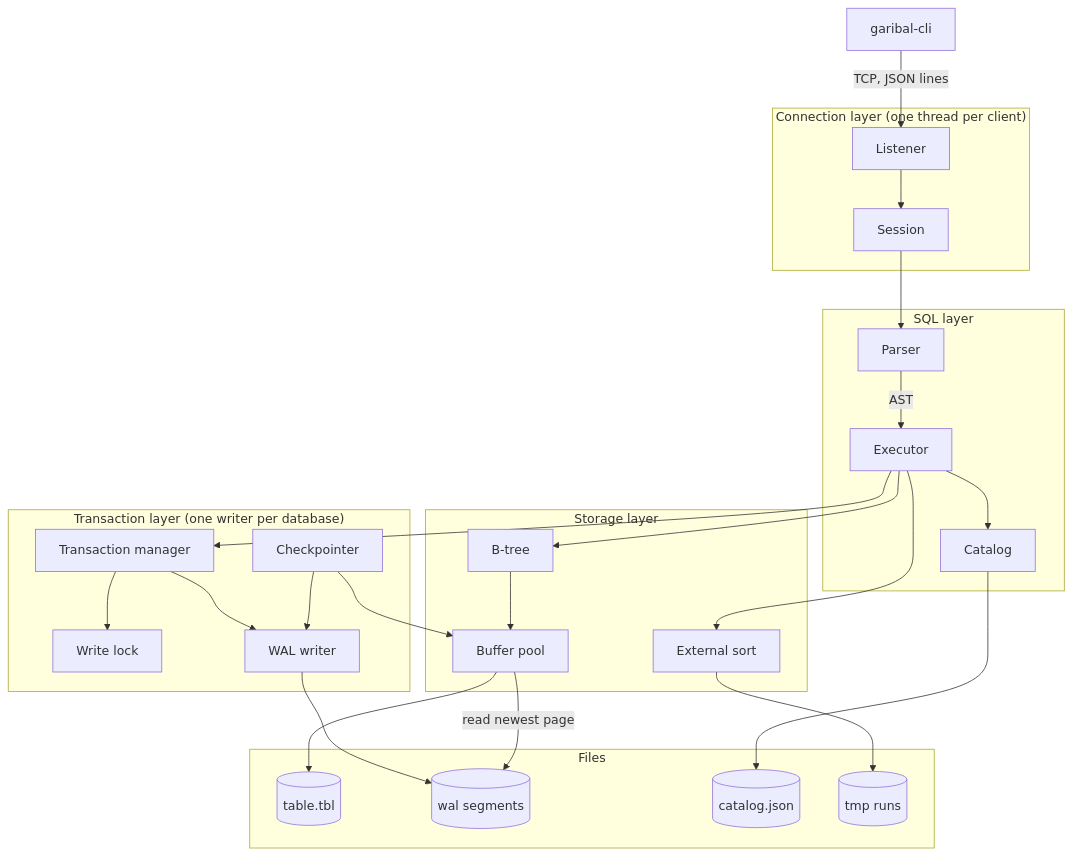
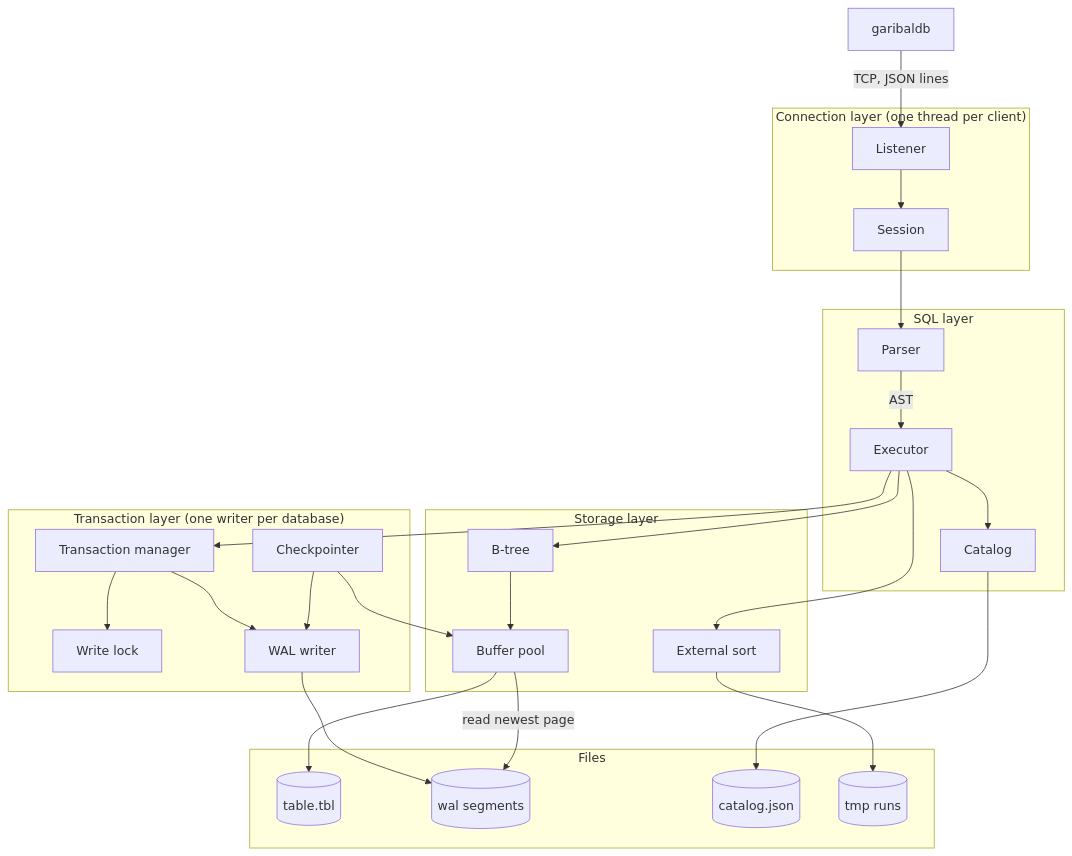
Before and after one commit to mAzurkovic/garibaldb: the diagram in docs/design.md, drawn with Mermaid. The commit also changed other lines of this file and 15 other files, not shown here.

````diff
--- a/docs/design.md
+++ b/docs/design.md
@@ -13,54 +13,54 @@
 ```mermaid
 graph TD
-  CLI["garibal-cli"]
+  CLI["garibaldb"]
 
   subgraph CONN["Connection layer (one thread per client)"]
     NET["Listener"]
     SESS["Session"]
   end
 
   subgraph SQL["SQL layer"]
     PARSE["Parser"]
     EXEC["Executor"]
     CAT["Catalog"]
   end
 
   subgraph TX["Transaction layer (one writer per database)"]
     TXN["Transaction manager"]
     LOCK["Write lock"]
     WALW["WAL writer"]
     CKPT["Checkpointer"]
   end
 
   subgraph STORE["Storage layer"]
     BTREE["B-tree"]
     SORT["External sort"]
     POOL["Buffer pool"]
   end
 
   subgraph DISK["Files"]
     TBL[("table.tbl")]
     WSEG[("wal segments")]
     CJSON[("catalog.json")]
     TMP[("tmp runs")]
   end
 
   CLI -->|"TCP, JSON lines"| NET
   NET --> SESS
   SESS --> PARSE
   PARSE -->|"AST"| EXEC
   EXEC --> CAT
   EXEC --> TXN
   EXEC --> BTREE
   EXEC --> SORT
   TXN --> LOCK
   TXN --> WALW
   CKPT --> WALW
   CKPT --> POOL
   BTREE --> POOL
   WALW --> WSEG
   POOL --> TBL
   POOL -->|"read newest page"| WSEG
   CAT --> CJSON
   SORT --> TMP
 ```
````
